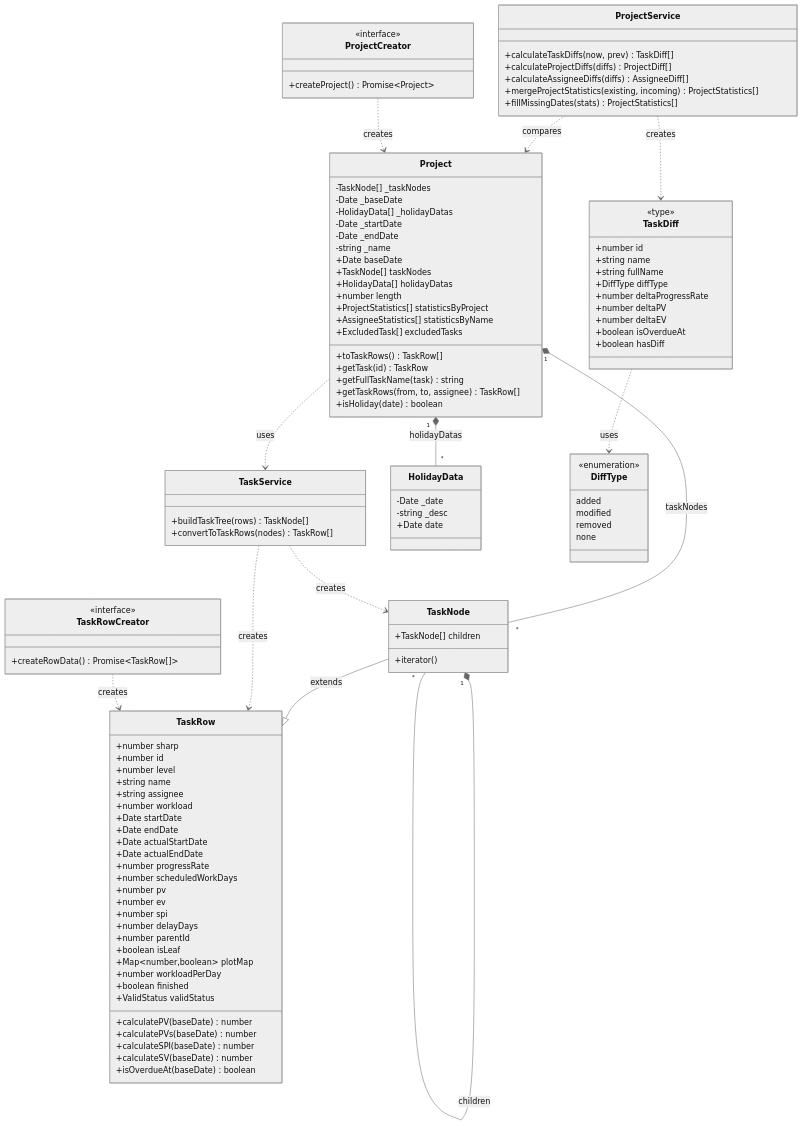
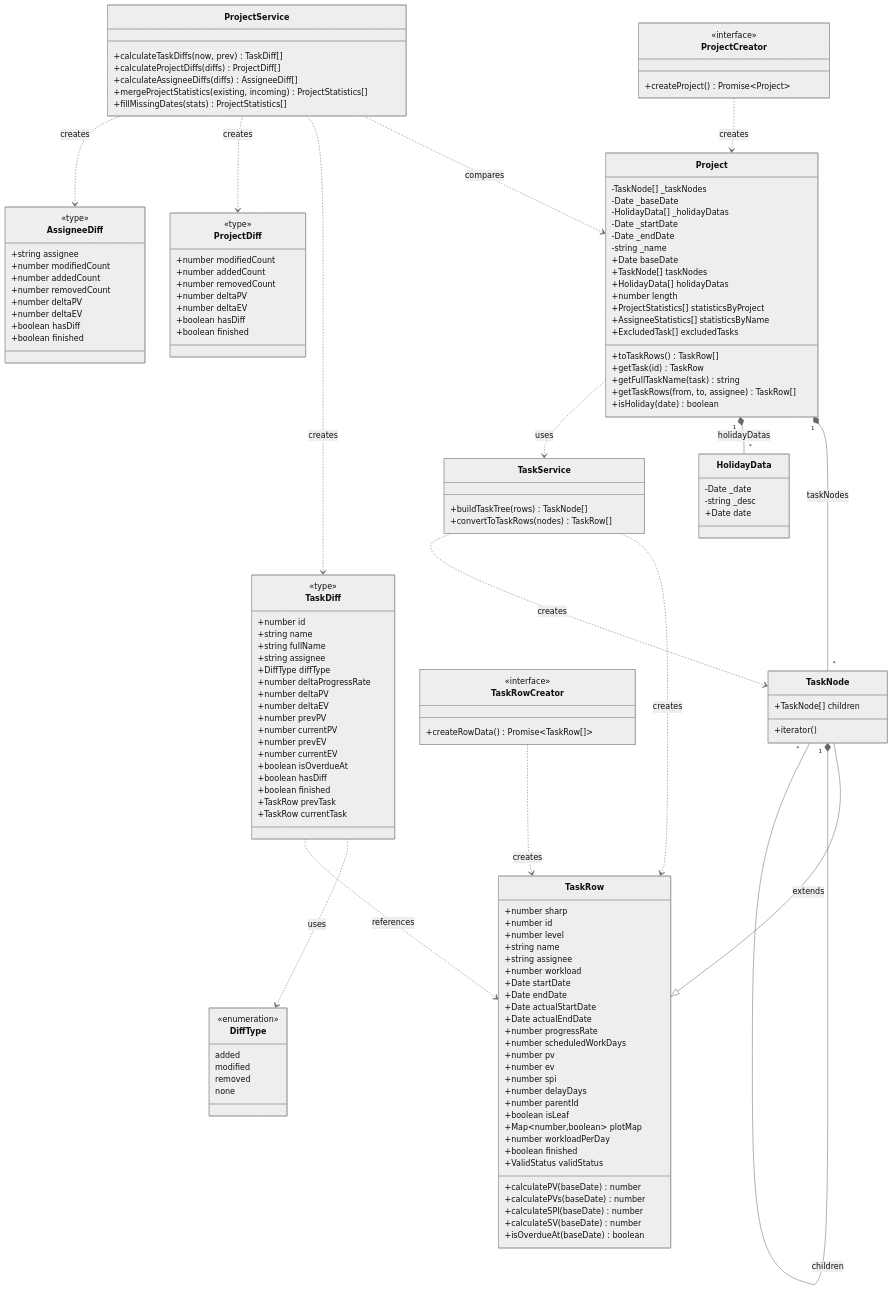
One commit to masatomix/evmtools-node changed the diagram in docs/GLOSSARY.md. Above: the diagram before and after it, drawn with Mermaid (neutral theme). The commit also changed other lines of this file and 1 other file, not shown here.

First line of the commit message:
docs: TaskDiff, ProjectDiff, AssigneeDiffの詳細ドキュメント追加

````diff
--- a/docs/GLOSSARY.md
+++ b/docs/GLOSSARY.md
@@ -98,12 +98,43 @@
         +number id
         +string name
         +string fullName
+        +string assignee
         +DiffType diffType
         +number deltaProgressRate
         +number deltaPV
         +number deltaEV
+        +number prevPV
+        +number currentPV
+        +number prevEV
+        +number currentEV
         +boolean isOverdueAt
         +boolean hasDiff
+        +boolean finished
+        +TaskRow prevTask
+        +TaskRow currentTask
+    }
+
+    class ProjectDiff {
+        <<type>>
+        +number modifiedCount
+        +number addedCount
+        +number removedCount
+        +number deltaPV
+        +number deltaEV
+        +boolean hasDiff
+        +boolean finished
+    }
+
+    class AssigneeDiff {
+        <<type>>
+        +string assignee
+        +number modifiedCount
+        +number addedCount
+        +number removedCount
+        +number deltaPV
+        +number deltaEV
+        +boolean hasDiff
+        +boolean finished
     }
 
     class DiffType {
@@ -123,7 +154,10 @@
     TaskService ..> TaskNode : creates
     ProjectService ..> Project : compares
     ProjectService ..> TaskDiff : creates
+    ProjectService ..> ProjectDiff : creates
+    ProjectService ..> AssigneeDiff : creates
     TaskRowCreator ..> TaskRow : creates
     ProjectCreator ..> Project : creates
     TaskDiff ..> DiffType : uses
+    TaskDiff ..> TaskRow : references
 ```
````
